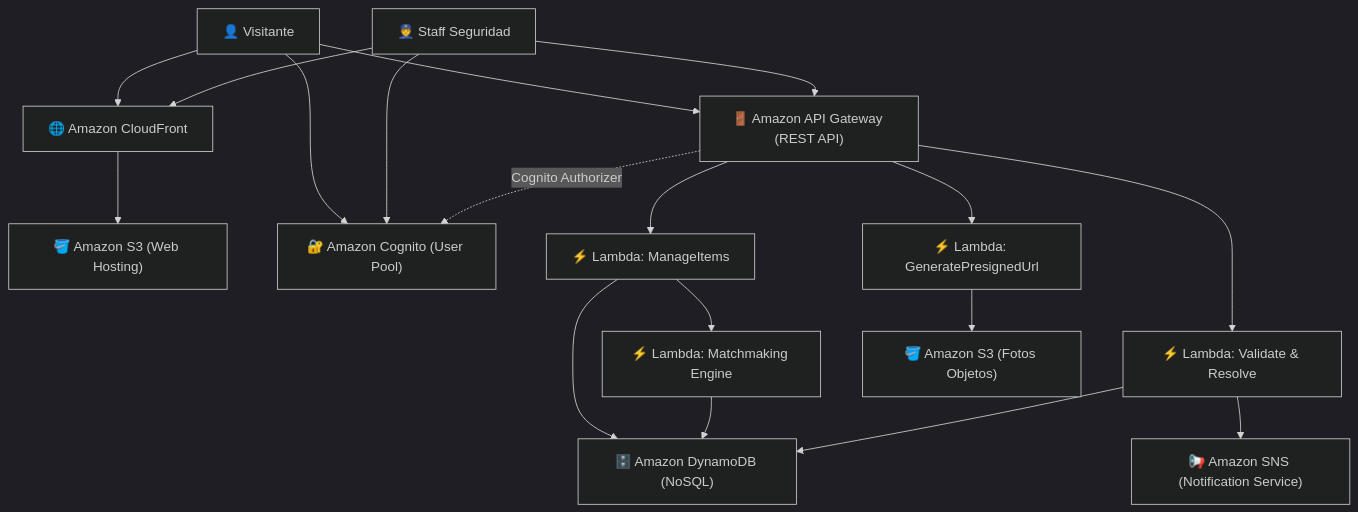
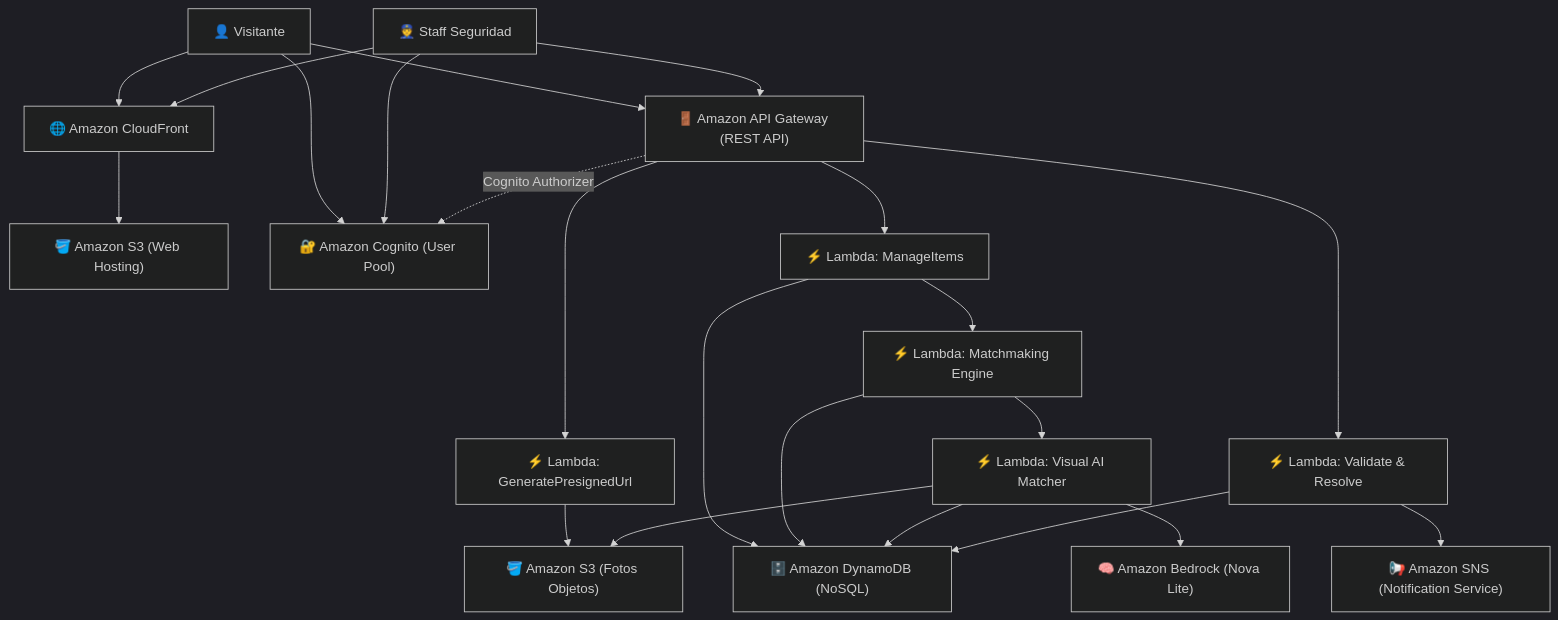
Before and after one commit to Stevphens1/hack-lost-and-found: the diagram in DOCUMENTACION_PROYECTO_AWS.md, drawn with Mermaid (dark theme). The commit also changed other lines of this file and 4 other files, not shown here.

Commit message:
feat: integrate Amazon Bedrock Nova Lite multimodal visual matcher and merge with Cognito 6-digit verification

````diff
--- a/DOCUMENTACION_PROYECTO_AWS.md
+++ b/DOCUMENTACION_PROYECTO_AWS.md
@@ -24,30 +24,35 @@
 ```mermaid
 flowchart TD
     User["👤 Visitante"]
     Staff["👮 Staff Seguridad"]
     
     CF["🌐 Amazon CloudFront"]
     S3_Web["🪣 Amazon S3 (Web Hosting)"]
     Cognito["🔐 Amazon Cognito (User Pool)"]
     APIGW["🚪 Amazon API Gateway (REST API)"]
     
     L_Url["⚡ Lambda: GeneratePresignedUrl"]
     L_Items["⚡ Lambda: ManageItems"]
     L_Match["⚡ Lambda: Matchmaking Engine"]
+    L_Vision["⚡ Lambda: Visual AI Matcher"]
     L_Valid["⚡ Lambda: Validate & Resolve"]
     
+    Bedrock["🧠 Amazon Bedrock (Nova Lite)"]
     S3_Media["🪣 Amazon S3 (Fotos Objetos)"]
     DDB["🗄️ Amazon DynamoDB (NoSQL)"]
     SNS["📢 Amazon SNS (Notification Service)"]
 
     User & Staff --> CF --> S3_Web
     User & Staff --> Cognito
     User & Staff --> APIGW
     APIGW -.->|Cognito Authorizer| Cognito
     
     APIGW --> L_Url --> S3_Media
     APIGW --> L_Items --> DDB
     L_Items --> L_Match --> DDB
+    L_Match --> L_Vision --> Bedrock
+    L_Vision --> S3_Media
+    L_Vision --> DDB
     APIGW --> L_Valid --> DDB
     L_Valid --> SNS
 ```
````
